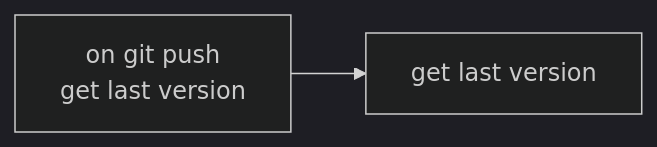
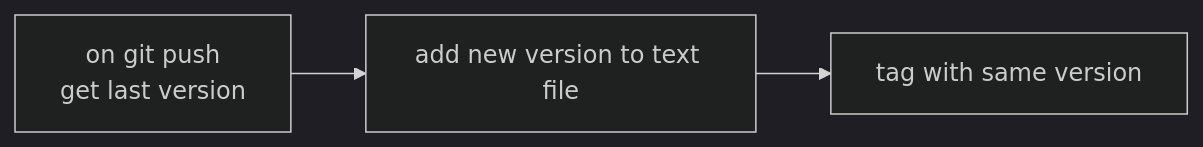
The diagram in README.md (vtougne/ci-testing), drawn with Mermaid (dark theme) before and after one commit. The commit also changed 2 other files, not shown here.

Commit message:
updt flow chart

````diff
--- a/README.md
+++ b/README.md
@@ -23,6 +23,7 @@
  ``` mermaid
     flowchart LR
-    A[on git push\nget last version] --> B[get last version]
+    A[on git push\nget last version] --> B[add new version to text file]
+    B --> C[tag with same version]
 
 
   ```
````
